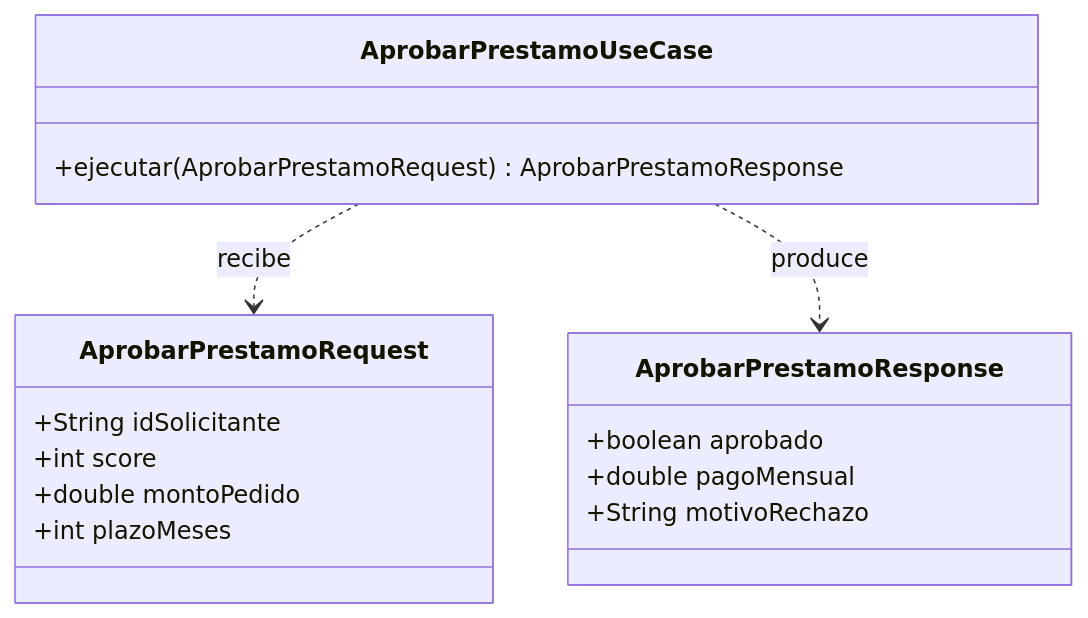
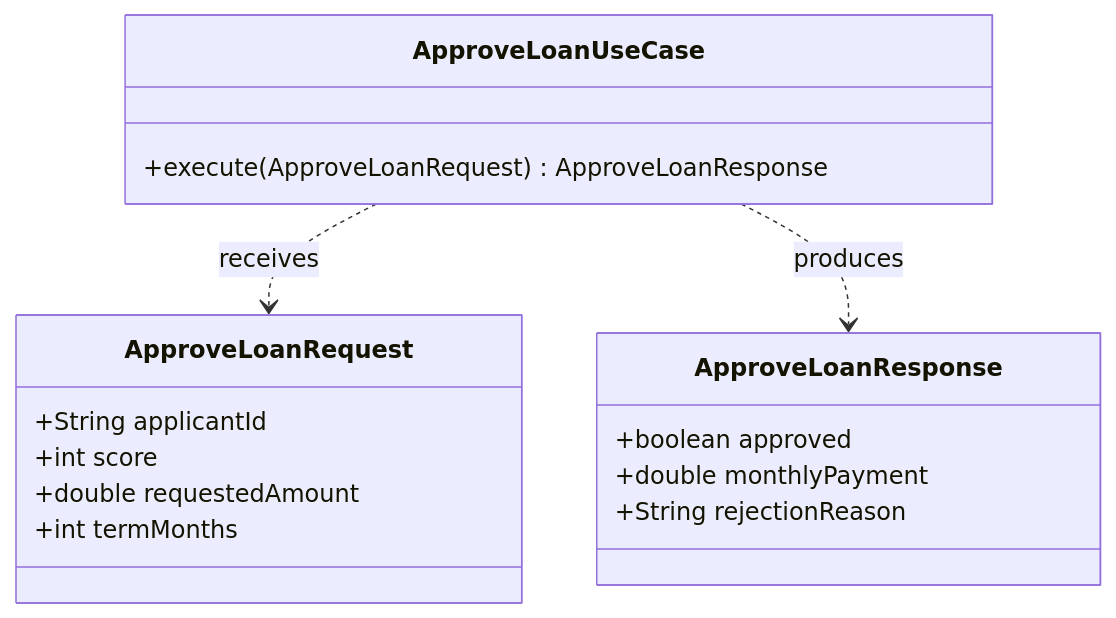
Before and after one commit to JavierMachucaA/clean-architecture-guia: the second of 3 diagrams in 07-reglas-de-negocio/03-modelos-request-response.md, drawn with Mermaid. The commit also changed other lines of this file and 6 other files, not shown here.

````diff
--- a/07-reglas-de-negocio/03-modelos-request-response.md
+++ b/07-reglas-de-negocio/03-modelos-request-response.md
@@ -26,19 +40,19 @@
 ```mermaid
 classDiagram
-    class AprobarPrestamoRequest {
-        +String idSolicitante
+    class ApproveLoanRequest {
+        +String applicantId
         +int score
-        +double montoPedido
-        +int plazoMeses
+        +double requestedAmount
+        +int termMonths
     }
-    class AprobarPrestamoResponse {
-        +boolean aprobado
-        +double pagoMensual
-        +String motivoRechazo
+    class ApproveLoanResponse {
+        +boolean approved
+        +double monthlyPayment
+        +String rejectionReason
     }
-    class AprobarPrestamoUseCase {
-        +ejecutar(AprobarPrestamoRequest) AprobarPrestamoResponse
+    class ApproveLoanUseCase {
+        +execute(ApproveLoanRequest) ApproveLoanResponse
     }
-    AprobarPrestamoUseCase ..> AprobarPrestamoRequest : recibe
-    AprobarPrestamoUseCase ..> AprobarPrestamoResponse : produce
+    ApproveLoanUseCase ..> ApproveLoanRequest : receives
+    ApproveLoanUseCase ..> ApproveLoanResponse : produces
 ```
````
